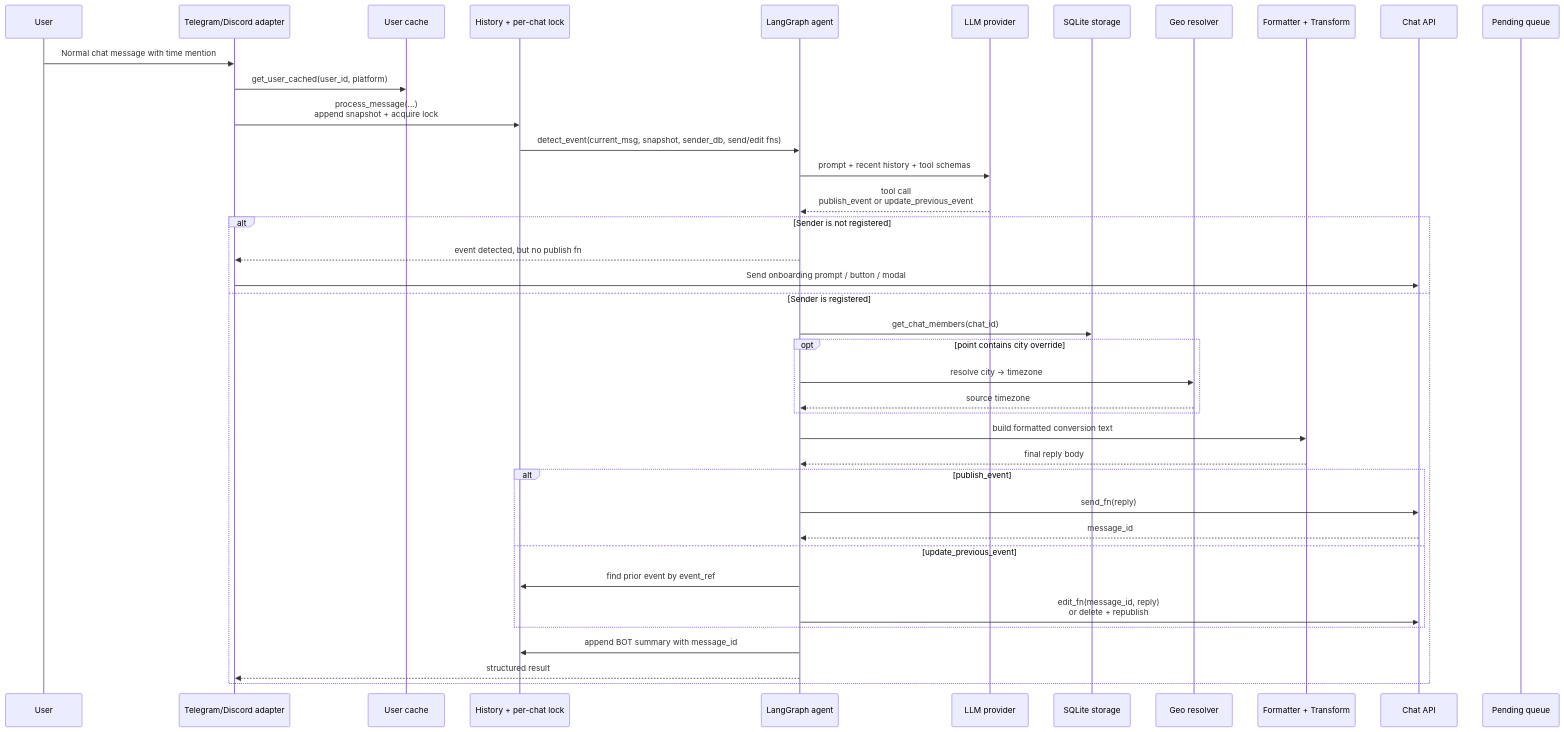
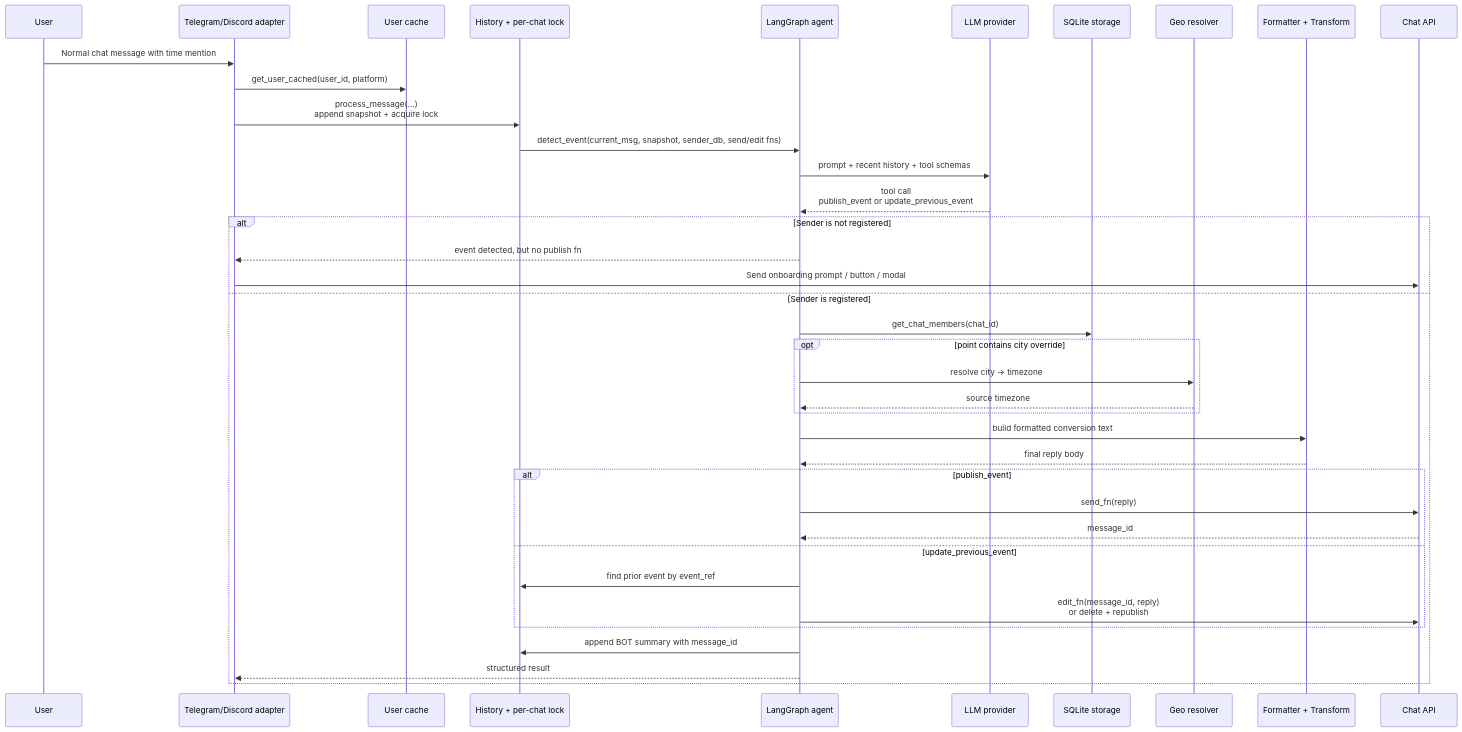
One commit to antlbn/Timezone_bot changed the fourth of 4 diagrams in journal/00_system_context.md. Above: the diagram before and after it, drawn with Mermaid. The commit also changed other lines of this file and 21 other files, not shown here.

````diff
--- a/journal/00_system_context.md
+++ b/journal/00_system_context.md
@@ -176,45 +176,43 @@
 ```mermaid
 sequenceDiagram
     participant User as User
     participant Adapter as Telegram/Discord adapter
     participant Cache as User cache
     participant History as History + per-chat lock
     participant Agent as LangGraph agent
     participant LLM as LLM provider
     participant Store as SQLite storage
     participant Geo as Geo resolver
     participant Reply as Formatter + Transform
     participant Chat as Chat API
-    participant Pending as Pending queue
-
     User->>Adapter: Normal chat message with time mention
     Adapter->>Cache: get_user_cached(user_id, platform)
     Adapter->>History: process_message(...)<br/>append snapshot + acquire lock
     History->>Agent: detect_event(current_msg, snapshot, sender_db, send/edit fns)
     Agent->>LLM: prompt + recent history + tool schemas
     LLM-->>Agent: tool call<br/>publish_event or update_previous_event
 
     alt Sender is not registered
         Agent-->>Adapter: event detected, but no publish fn
         Adapter->>Chat: Send onboarding prompt / button / modal
     else Sender is registered
         Agent->>Store: get_chat_members(chat_id)
         opt point contains city override
             Agent->>Geo: resolve city -> timezone
             Geo-->>Agent: source timezone
         end
         Agent->>Reply: build formatted conversion text
         Reply-->>Agent: final reply body
 
         alt publish_event
             Agent->>Chat: send_fn(reply)
             Chat-->>Agent: message_id
         else update_previous_event
             Agent->>History: find prior event by event_ref
             Agent->>Chat: edit_fn(message_id, reply)<br/>or delete + republish
         end
 
         Agent->>History: append BOT summary with message_id
         Agent-->>Adapter: structured result
     end
 ```
````
